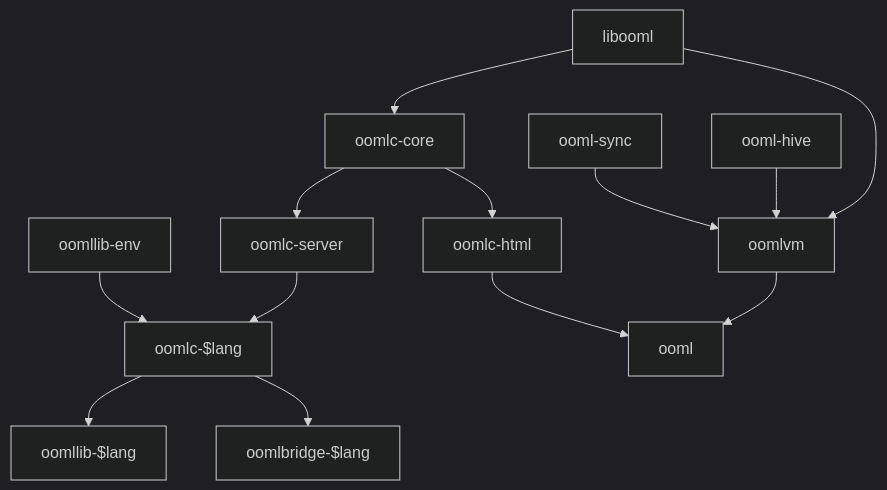
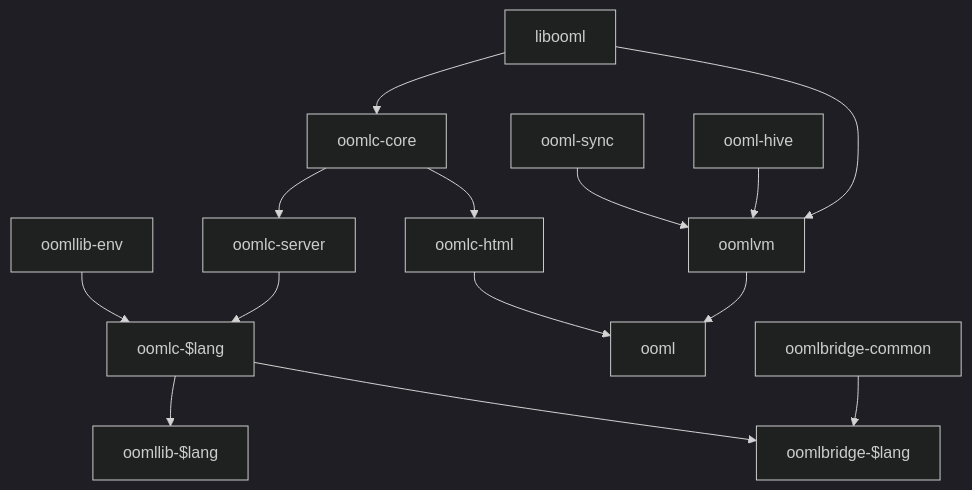
One commit to wilsonzlin/ooml changed the diagram in notes/Compiling/General process.md. Above: the diagram before and after it, drawn with Mermaid (dark theme). The commit also changed other lines of this file and 2 other files, not shown here.

````diff
--- a/notes/Compiling/General process.md
+++ b/notes/Compiling/General process.md
@@ -7,22 +7,23 @@
 ```mermaid
 graph TD
 libooml-->oomlc-core
 libooml-->oomlvm
 
 oomlc-core-->oomlc-html
 
 oomlc-core-->oomlc-server
 
 oomlc-server-->oomlc-$lang
 
 oomlvm-->ooml
 oomlc-html-->ooml
 
 ooml-hive-->oomlvm
 ooml-sync-->oomlvm
 
 oomllib-env-->oomlc-$lang
 oomlc-$lang-->oomllib-$lang
 
+oomlbridge-common-->oomlbridge-$lang
 oomlc-$lang-->oomlbridge-$lang
 ```
````
